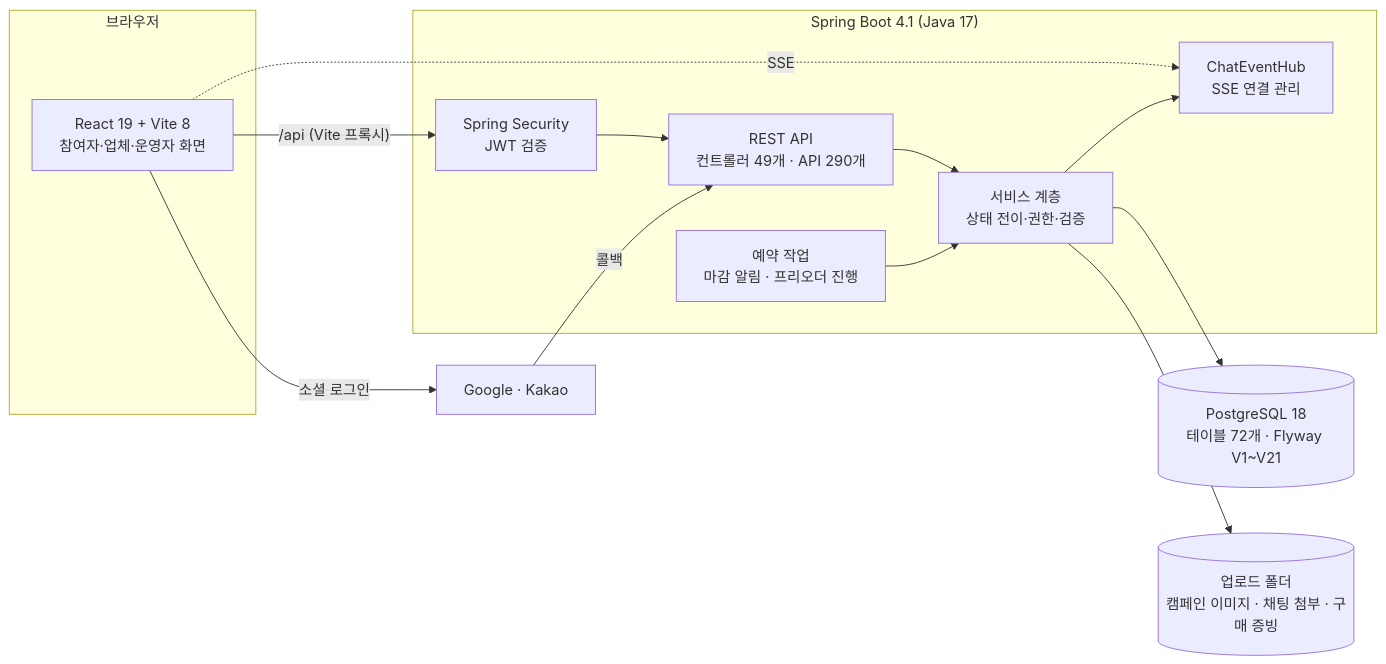
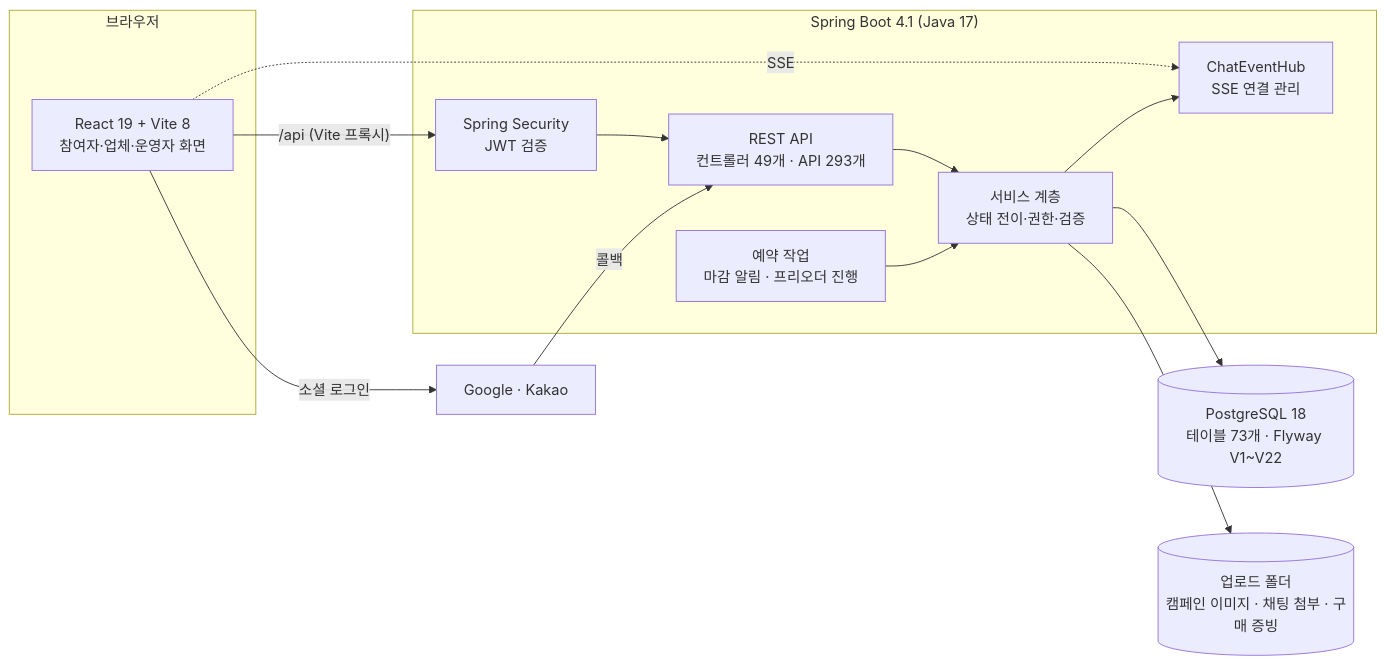
One commit to yoo-jin-k/movrit-backend changed the first of 2 diagrams in docs/portfolio/architecture.md. Above: the diagram before and after it, drawn with Mermaid. The commit also changed other lines of this file and 25 other files, not shown here.

````diff
--- a/docs/portfolio/architecture.md
+++ b/docs/portfolio/architecture.md
@@ -8,23 +8,23 @@
 ```mermaid
 flowchart LR
   subgraph Browser["브라우저"]
     FE["React 19 + Vite 8<br/>참여자·업체·운영자 화면"]
   end
   subgraph Server["Spring Boot 4.1 (Java 17)"]
     SEC["Spring Security<br/>JWT 검증"]
-    API["REST API<br/>컨트롤러 49개 · API 290개"]
+    API["REST API<br/>컨트롤러 49개 · API 293개"]
     SVC["서비스 계층<br/>상태 전이·권한·검증"]
     HUB["ChatEventHub<br/>SSE 연결 관리"]
     SCH["예약 작업<br/>마감 알림 · 프리오더 진행"]
   end
-  DB[("PostgreSQL 18<br/>테이블 72개 · Flyway V1~V21")]
+  DB[("PostgreSQL 18<br/>테이블 73개 · Flyway V1~V22")]
   FS[("업로드 폴더<br/>캠페인 이미지 · 채팅 첨부 · 구매 증빙")]
   OAUTH["Google · Kakao"]
 
   FE -- "/api (Vite 프록시)" --> SEC --> API --> SVC --> DB
   FE -. "SSE" .-> HUB
   SVC --> HUB
   SVC --> FS
   SCH --> SVC
   FE -- "소셜 로그인" --> OAUTH -- "콜백" --> API
 ```
````
